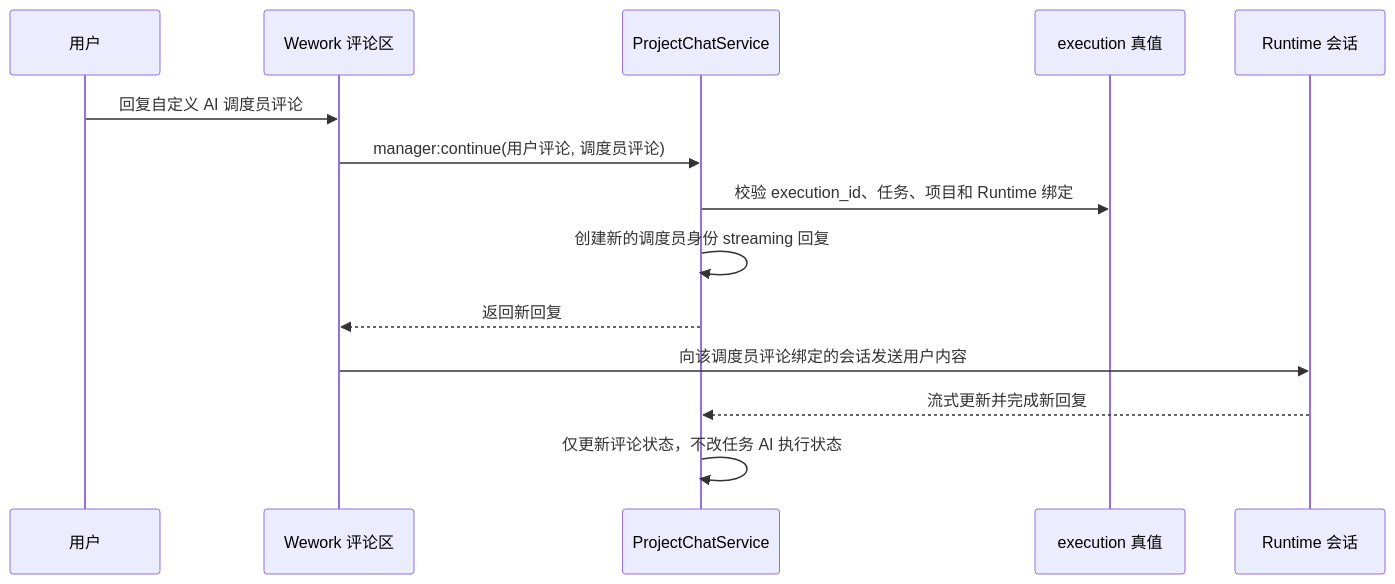
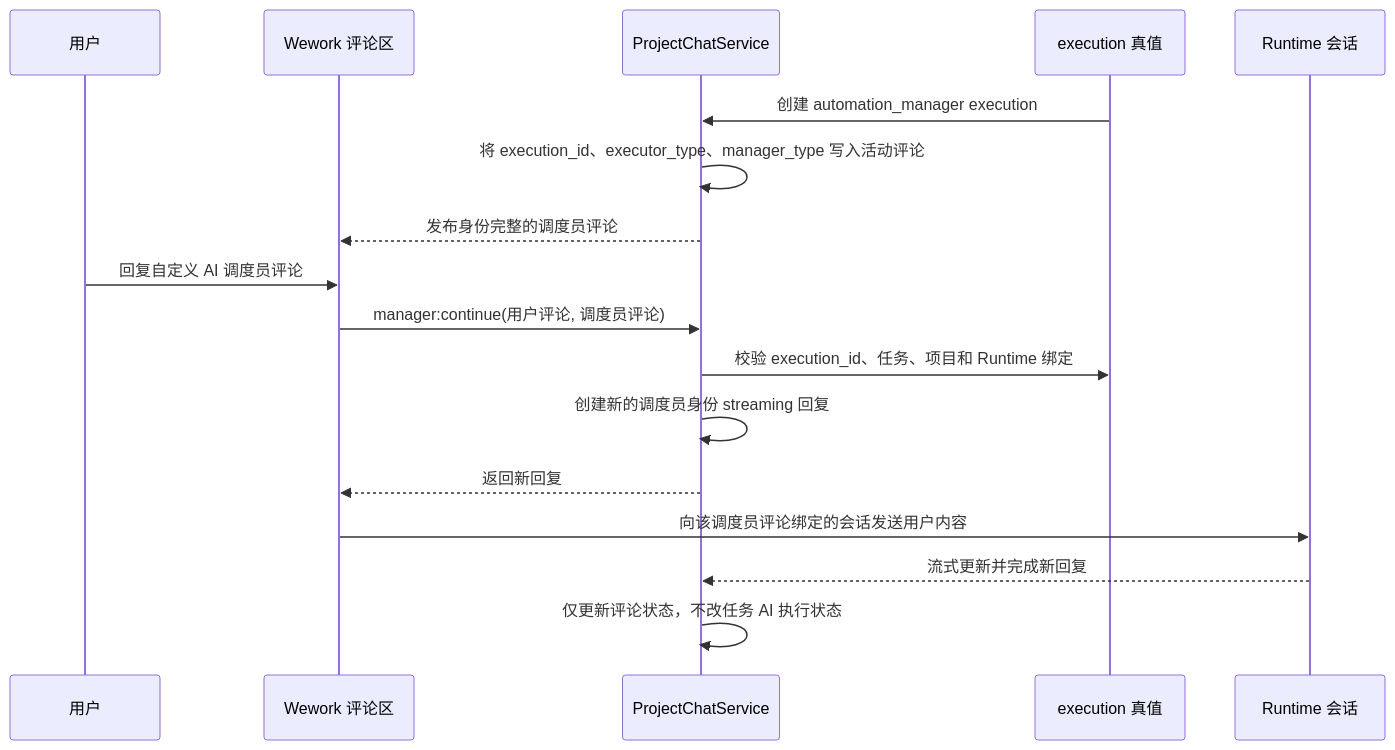
One commit to wecode-ai/Wegent changed the second of 2 diagrams in docs/zh/architecture/automation-manager-continuation.md. Above: the diagram before and after it, drawn with Mermaid. The commit also changed other lines of this file and 6 other files, not shown here.

Commit message:
fix(automation): persist manager activity execution identity

````diff
--- a/docs/zh/architecture/automation-manager-continuation.md
+++ b/docs/zh/architecture/automation-manager-continuation.md
@@ -20,17 +21,20 @@
 ```mermaid
 sequenceDiagram
     participant U as 用户
     participant W as Wework 评论区
     participant C as ProjectChatService
     participant X as execution 真值
     participant R as Runtime 会话
 
+    X->>C: 创建 automation_manager execution
+    C->>C: 将 execution_id、executor_type、manager_type 写入活动评论
+    C-->>W: 发布身份完整的调度员评论
     U->>W: 回复自定义 AI 调度员评论
     W->>C: manager:continue(用户评论, 调度员评论)
     C->>X: 校验 execution_id、任务、项目和 Runtime 绑定
     C->>C: 创建新的调度员身份 streaming 回复
     C-->>W: 返回新回复
     W->>R: 向该调度员评论绑定的会话发送用户内容
     R-->>C: 流式更新并完成新回复
     C->>C: 仅更新评论状态，不改任务 AI 执行状态
 ```
````
